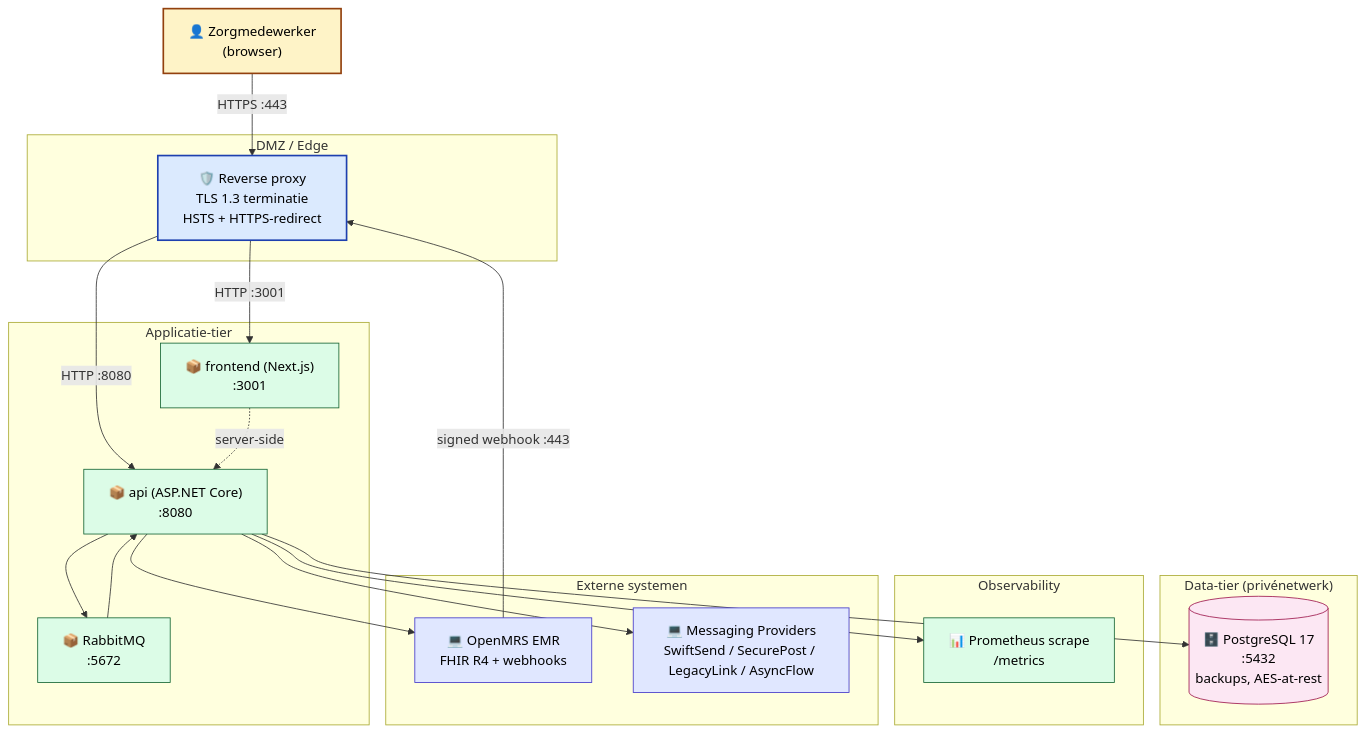
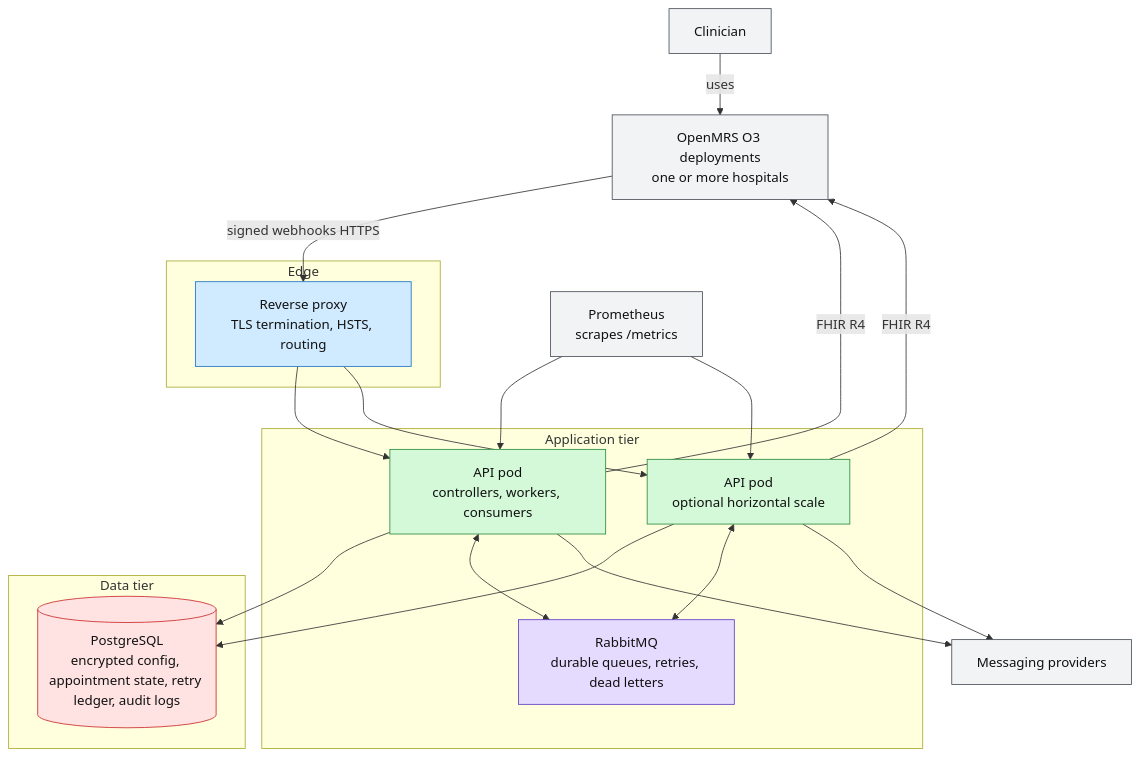
Before and after one commit to Rishyansyal/OpenMRSmoduleBackend: the diagram in docs/c4/diagrams/09-deployment-2.mmd, drawn with Mermaid. The commit also changed 160 other files, not shown here.

```diff
--- a/docs/c4/diagrams/09-deployment-2.mmd
+++ b/docs/c4/diagrams/09-deployment-2.mmd
@@ -1,43 +1,41 @@
 flowchart TB
-    classDef extuser fill:#fef3c7,stroke:#92400e,stroke-width:2px,color:#000
-    classDef edge fill:#dbeafe,stroke:#1e40af,stroke-width:2px,color:#000
-    classDef pod fill:#dcfce7,stroke:#166534,stroke-width:1px,color:#000
-    classDef db fill:#fce7f3,stroke:#9d174d,stroke-width:1px,color:#000
-    classDef ext fill:#e0e7ff,stroke:#4338ca,stroke-width:1px,color:#000
+    classDef edge fill:#d0ebff,stroke:#1971c2,color:#111
+    classDef app fill:#d3f9d8,stroke:#2b8a3e,color:#111
+    classDef db fill:#ffe3e3,stroke:#c92a2a,color:#111
+    classDef queue fill:#e5dbff,stroke:#5f3dc4,color:#111
+    classDef ext fill:#f1f3f5,stroke:#495057,color:#111
 
-    Zorg["👤 Zorgmedewerker<br/>(browser)"]:::extuser
+    clinician["Clinician"]:::ext
+    openmrs["OpenMRS O3 deployments<br/>one or more hospitals"]:::ext
+    providers["Messaging providers"]:::ext
 
-    subgraph DMZ["DMZ / Edge"]
-        LB["🛡️ Reverse proxy<br/>TLS 1.3 terminatie<br/>HSTS + HTTPS-redirect"]:::edge
+    subgraph edge["Edge"]
+        proxy["Reverse proxy<br/>TLS termination, HSTS, routing"]:::edge
     end
 
-    subgraph App["Applicatie-tier"]
-        FEpod["📦 frontend (Next.js)<br/>:3001"]:::pod
-        APIpod["📦 api (ASP.NET Core)<br/>:8080"]:::pod
-        Bus["📦 RabbitMQ<br/>:5672"]:::pod
+    subgraph app["Application tier"]
+        api1["API pod<br/>controllers, workers, consumers"]:::app
+        api2["API pod<br/>optional horizontal scale"]:::app
+        rabbit["RabbitMQ<br/>durable queues, retries, dead letters"]:::queue
     end
 
-    subgraph Data["Data-tier (privénetwerk)"]
-        PG[("🗄️ PostgreSQL 17<br/>:5432<br/>backups, AES-at-rest")]:::db
+    subgraph data["Data tier"]
+        pg[("PostgreSQL<br/>encrypted config, appointment state, retry ledger, audit logs")]:::db
     end
 
-    subgraph Obs["Observability"]
-        Prom["📊 Prometheus scrape<br/>/metrics"]:::pod
-    end
+    prometheus["Prometheus<br/>scrapes /metrics"]:::ext
 
-    subgraph Ext["Externe systemen"]
-        OMRS["💻 OpenMRS EMR<br/>FHIR R4 + webhooks"]:::ext
-        Prov["💻 Messaging Providers<br/>SwiftSend / SecurePost / LegacyLink / AsyncFlow"]:::ext
-    end
-
-    Zorg -->|HTTPS :443| LB
-    LB -->|HTTP :3001| FEpod
-    LB -->|HTTP :8080| APIpod
-    OMRS -->|signed webhook :443| LB
-    FEpod -.->|server-side| APIpod
-    APIpod --> PG
-    APIpod --> Bus
-    Bus --> APIpod
-    APIpod --> OMRS
-    APIpod --> Prov
-    APIpod --> Prom
+    clinician -->|"uses"| openmrs
+    openmrs -->|"signed webhooks HTTPS"| proxy
+    proxy --> api1
+    proxy --> api2
+    api1 --> pg
+    api2 --> pg
+    api1 <--> rabbit
+    api2 <--> rabbit
+    api1 -->|"FHIR R4"| openmrs
+    api2 -->|"FHIR R4"| openmrs
+    api1 --> providers
+    api2 --> providers
+    prometheus --> api1
+    prometheus --> api2
```
